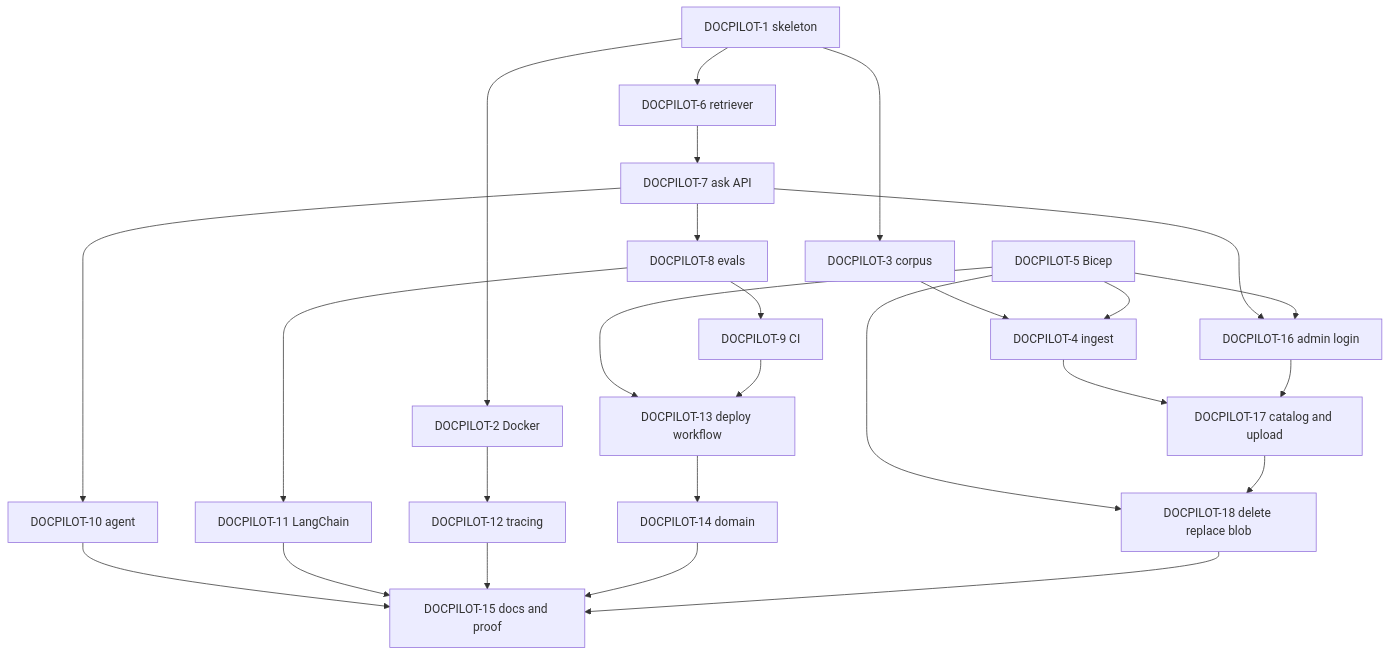
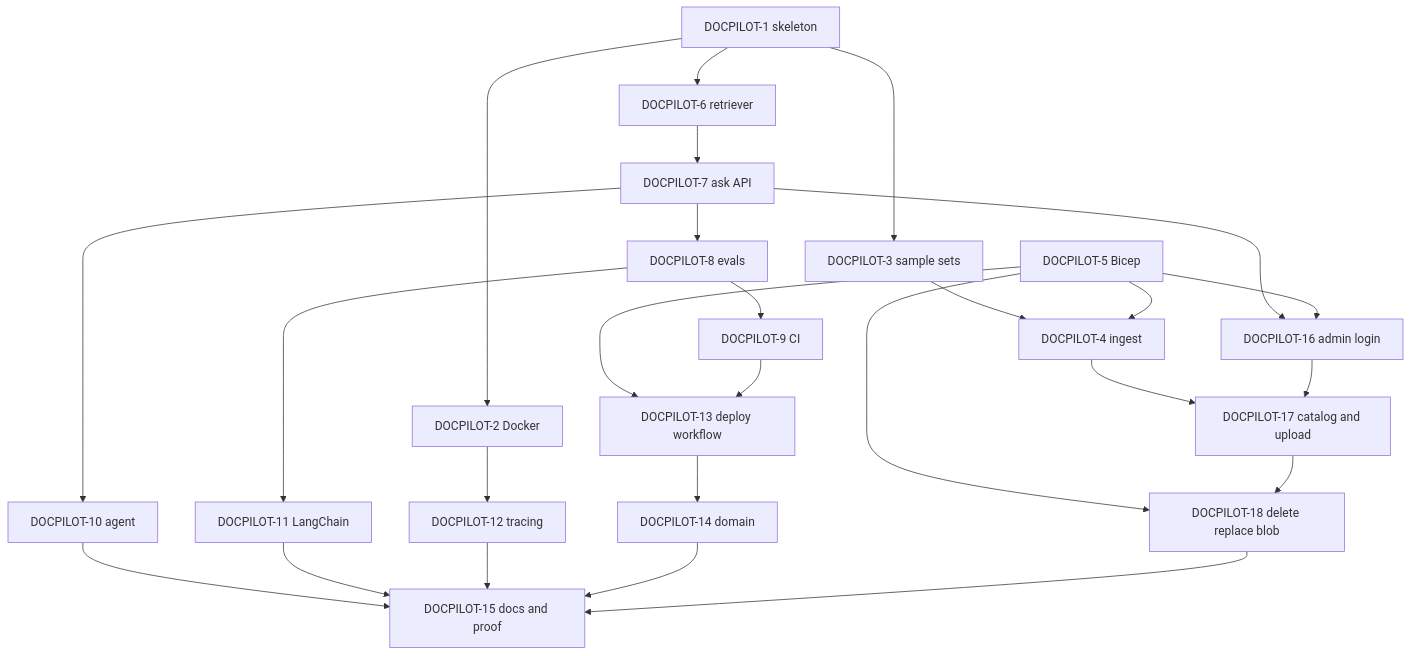
Before and after one commit to henrique-meyer/docpilot: the diagram in docs/plan.md, drawn with Mermaid. The commit also changed other lines of this file and 1 other file, not shown here.

First line of the commit message:
DOCPILOT-3 Align the architecture and plan with a document-agnostic corpus.

````diff
--- a/docs/plan.md
+++ b/docs/plan.md
@@ -15,46 +15,46 @@
 ```mermaid
 flowchart TD
   s1[DOCPILOT-1 skeleton]
   s2[DOCPILOT-2 Docker]
-  s3[DOCPILOT-3 corpus]
+  s3[DOCPILOT-3 sample sets]
   s4[DOCPILOT-4 ingest]
   s5[DOCPILOT-5 Bicep]
   s6[DOCPILOT-6 retriever]
   s7[DOCPILOT-7 ask API]
   s8[DOCPILOT-8 evals]
   s9[DOCPILOT-9 CI]
   s10[DOCPILOT-10 agent]
   s11[DOCPILOT-11 LangChain]
   s12[DOCPILOT-12 tracing]
   s13[DOCPILOT-13 deploy workflow]
   s14[DOCPILOT-14 domain]
   s15[DOCPILOT-15 docs and proof]
   s16[DOCPILOT-16 admin login]
   s17[DOCPILOT-17 catalog and upload]
   s18[DOCPILOT-18 delete replace blob]
   s1 --> s2
   s1 --> s3
   s1 --> s6
   s3 --> s4
   s5 --> s4
   s5 --> s13
   s6 --> s7
   s7 --> s8
   s7 --> s10
   s7 --> s16
   s8 --> s9
   s8 --> s11
   s2 --> s12
   s9 --> s13
   s13 --> s14
   s4 --> s17
   s16 --> s17
   s5 --> s16
   s5 --> s18
   s17 --> s18
   s10 --> s15
   s11 --> s15
   s12 --> s15
   s14 --> s15
   s18 --> s15
 ```
````
